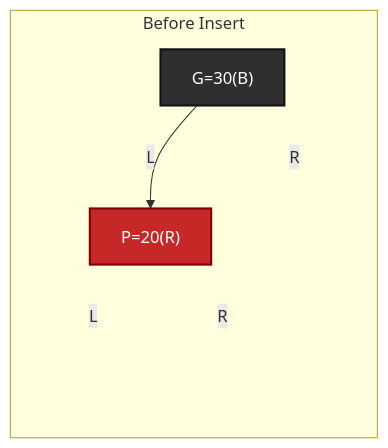
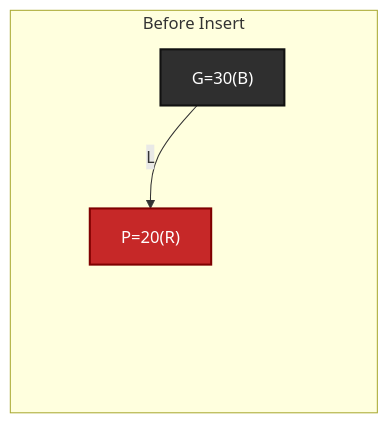
One commit to FormingSystem/linux_note changed the second of 24 diagrams in knowledge/linux/data_structures/红黑树_rb-tree/P35_红黑插入与红红冲突上推.md. Above: the diagram before and after it, drawn with Mermaid. The commit also changed other lines of this file and 5 other files, not shown here.

````diff
--- a/knowledge/linux/data_structures/红黑树_rb-tree/P35_红黑插入与红红冲突上推.md
+++ b/knowledge/linux/data_structures/红黑树_rb-tree/P35_红黑插入与红红冲突上推.md
@@ -121,28 +121,28 @@
 ```mermaid
 graph LR
 	subgraph "Before Insert"
 		G["G=30(B)"]
 		P["P=20(R)"]
 		RG[" "]
 		PL[" "]
 		PR[" "]
 	end
 
 	G -->|"L"| P
-	G -->|"R"| RG
+	G --> RG
 
-	P -->|"L"| PL
-	P -->|"R"| PR
+	P --> PL
+	P --> PR
 
 	classDef black fill:#2f2f2f,stroke:#111,color:#fff,stroke-width:2px;
 	classDef red fill:#c62828,stroke:#7f0000,color:#fff,stroke-width:2px;
 	classDef ghost fill:transparent,stroke:transparent,color:transparent;
 
 	class G black;
 	class P red;
 	class RG,PL,PR ghost;
 
 	linkStyle 1 stroke:transparent;
 	linkStyle 2 stroke:transparent;
 	linkStyle 3 stroke:transparent;
 ```
````
